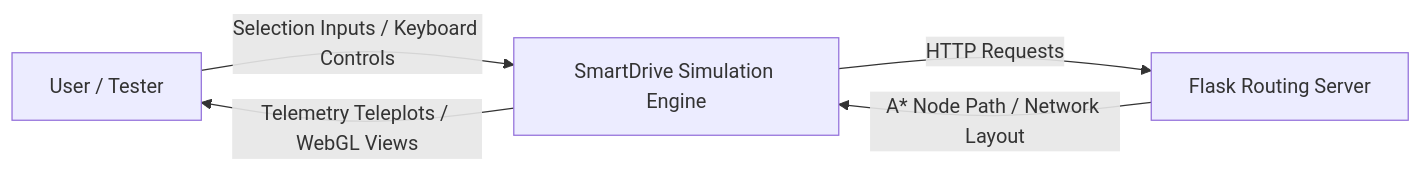
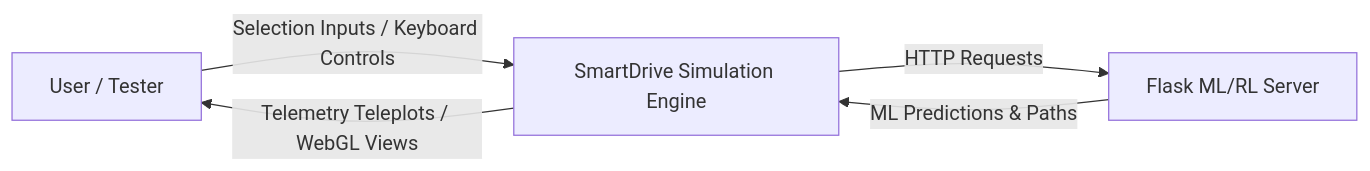
Before and after one commit to Debarshi-IT/Final-Year-Main-Project: the third of 6 diagrams in README.md, drawn with Mermaid. The commit also changed other lines of this file, not shown here.

````diff
--- a/README.md
+++ b/README.md
@@ -346,7 +352,7 @@
 ```mermaid
 graph LR
     User[User / Tester] -- Selection Inputs / Keyboard Controls --> Sim[SmartDrive Simulation Engine]
     Sim -- Telemetry Teleplots / WebGL Views --> User
-    Sim -- HTTP Requests --> Flask[Flask Routing Server]
-    Flask -- A* Node Path / Network Layout --> Sim
+    Sim -- HTTP Requests --> Flask[Flask ML/RL Server]
+    Flask -- ML Predictions & Paths --> Sim
 ```
````
